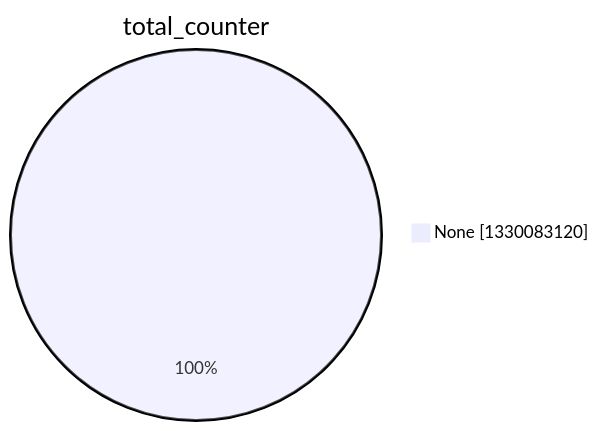
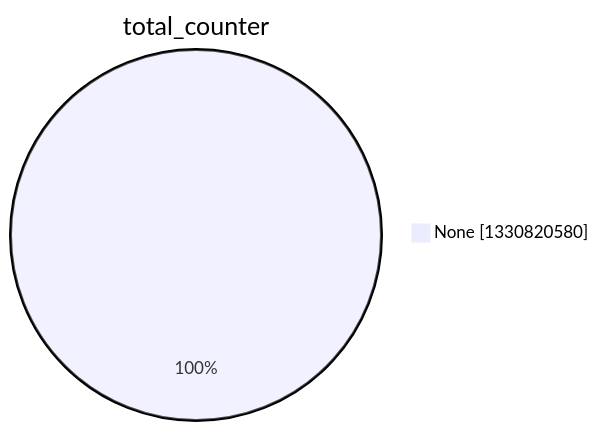
Before and after one commit to christiankrug/ctmonitor_visualization: the second of 15 diagrams in argon2022/README.md, drawn with Mermaid. The commit also changed other lines of this file, not shown here.

````diff
--- a/argon2022/README.md
+++ b/argon2022/README.md
@@ -9,5 +9,5 @@
 ```mermaid
 pie showData
 title total_counter
-"None" :1330083120
+"None" :1330820580
 ```
````
